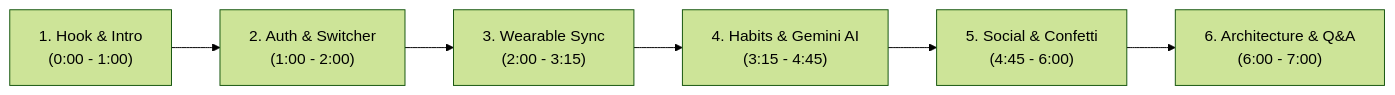
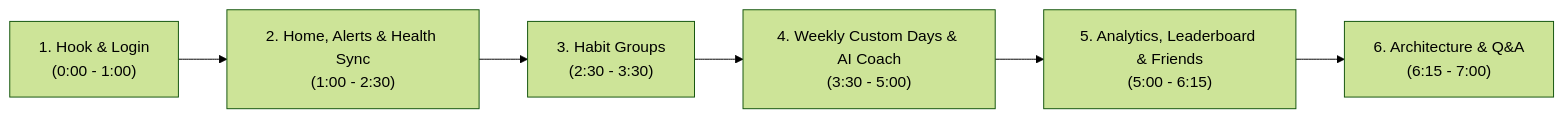
One commit to elnathanshee/WAD2-FitBuddy changed the diagram in DEMO_GUIDE.md. Above: the diagram before and after it, drawn with Mermaid (forest theme). The commit also changed other lines of this file and 19 other files, not shown here.

````diff
--- a/DEMO_GUIDE.md
+++ b/DEMO_GUIDE.md
@@ -13,8 +13,8 @@
 ```mermaid
 flowchart LR
-    Act1["1. Hook & Intro<br/>(0:00 - 1:00)"] --> Act2["2. Auth & Switcher<br/>(1:00 - 2:00)"]
-    Act2 --> Act3["3. Wearable Sync<br/>(2:00 - 3:15)"]
-    Act3 --> Act4["4. Habits & Gemini AI<br/>(3:15 - 4:45)"]
-    Act4 --> Act5["5. Social & Confetti<br/>(4:45 - 6:00)"]
-    Act5 --> Act6["6. Architecture & Q&A<br/>(6:00 - 7:00)"]
+    Act1["1. Hook & Login<br/>(0:00 - 1:00)"] --> Act2["2. Home, Alerts & Health Sync<br/>(1:00 - 2:30)"]
+    Act2 --> Act3["3. Habit Groups<br/>(2:30 - 3:30)"]
+    Act3 --> Act4["4. Weekly Custom Days & AI Coach<br/>(3:30 - 5:00)"]
+    Act4 --> Act5["5. Analytics, Leaderboard & Friends<br/>(5:00 - 6:15)"]
+    Act5 --> Act6["6. Architecture & Q&A<br/>(6:15 - 7:00)"]
 ```
````
